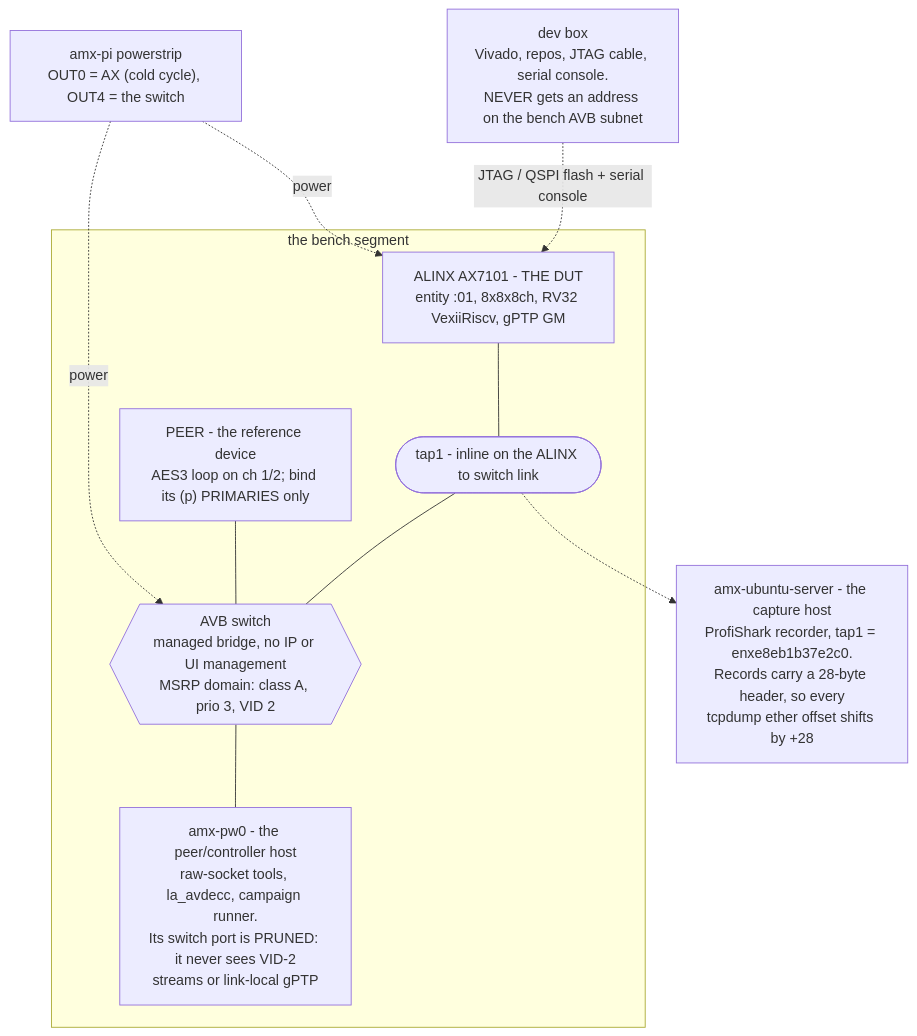
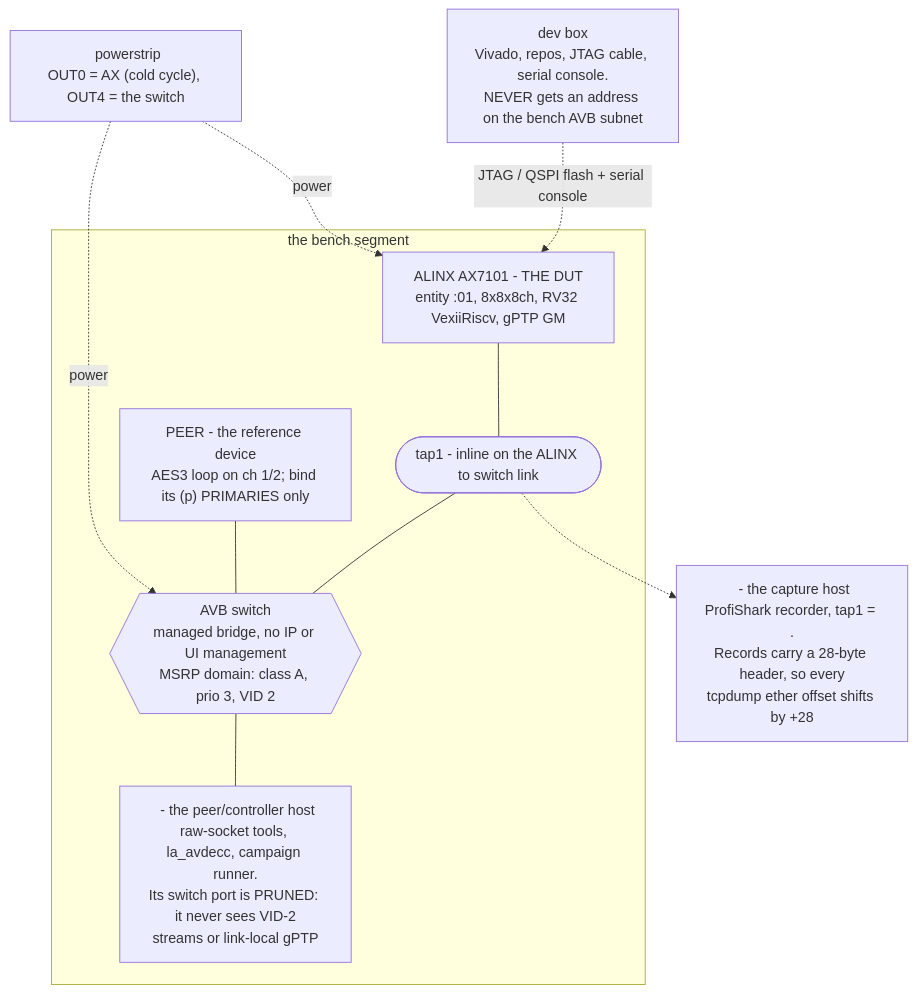
One commit to kebag-logic/milan-fpga changed the first of 3 diagrams in docs/findings/BENCH_TOPOLOGY.md. Above: the diagram before and after it, drawn with Mermaid. The commit also changed other lines of this file and 24 other files, not shown here.

````diff
--- a/docs/findings/BENCH_TOPOLOGY.md
+++ b/docs/findings/BENCH_TOPOLOGY.md
@@ -38,20 +38,20 @@
 ```mermaid
 flowchart TB
     subgraph LAB["the bench segment"]
         SW{{"AVB switch<br/>managed bridge, no IP or UI management<br/>MSRP domain: class A, prio 3, VID 2"}}
         AX["ALINX AX7101 - THE DUT<br/>entity :01, 8x8x8ch, RV32 VexiiRiscv, gPTP GM"]
         DS["PEER - the reference device<br/>AES3 loop on ch 1/2; bind its (p) PRIMARIES only"]
-        PEER["amx-pw0 - the peer/controller host<br/>raw-socket tools, la_avdecc, campaign runner.<br/>Its switch port is PRUNED: it never sees VID-2<br/>streams or link-local gPTP"]
+        PEER["<peer-host> - the peer/controller host<br/>raw-socket tools, la_avdecc, campaign runner.<br/>Its switch port is PRUNED: it never sees VID-2<br/>streams or link-local gPTP"]
         T1(["tap1 - inline on the ALINX to switch link"])
         AX --- T1 --- SW
         DS --- SW
         SW --- PEER
     end
-    CAP["amx-ubuntu-server - the capture host<br/>ProfiShark recorder, tap1 = enxe8eb1b37e2c0.<br/>Records carry a 28-byte header, so every<br/>tcpdump ether offset shifts by +28"]
+    CAP["<capture-host> - the capture host<br/>ProfiShark recorder, tap1 = <tap1-iface>.<br/>Records carry a 28-byte header, so every<br/>tcpdump ether offset shifts by +28"]
     T1 -.-> CAP
     DEV["dev box<br/>Vivado, repos, JTAG cable, serial console.<br/>NEVER gets an address on the bench AVB subnet"]
     DEV -.->|"JTAG / QSPI flash + serial console"| AX
-    PWR["amx-pi powerstrip<br/>OUT0 = AX (cold cycle), OUT4 = the switch"]
+    PWR["<power-controller> powerstrip<br/>OUT0 = AX (cold cycle), OUT4 = the switch"]
     PWR -.->|"power"| SW
     PWR -.->|"power"| AX
 ```
````
